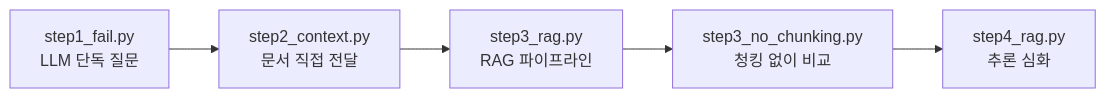
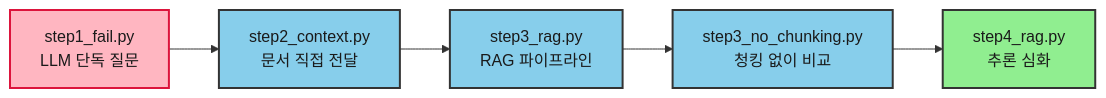
One commit to coderyu5523/book-workflow changed the second of 2 diagrams in projects/사내AI비서_v2/chapters/01-환각과-RAG의-첫-만남.md. Above: the diagram before and after it, drawn with Mermaid. The commit also changed other lines of this file and 85 other files, not shown here.

````diff
--- a/projects/사내AI비서_v2/chapters/01-환각과-RAG의-첫-만남.md
+++ b/projects/사내AI비서_v2/chapters/01-환각과-RAG의-첫-만남.md
@@ -280,7 +287,14 @@
 ```mermaid
 flowchart LR
     A["step1_fail.py<br>LLM 단독 질문"] --> B["step2_context.py<br>문서 직접 전달"]
     B --> C["step3_rag.py<br>RAG 파이프라인"]
     C --> D["step3_no_chunking.py<br>청킹 없이 비교"]
     D --> E["step4_rag.py<br>추론 심화"]
+
+    classDef default fill:#87CEEB,stroke:#333,stroke-width:2px,color:#1a1a1a
+    classDef danger fill:#FFB6C1,stroke:#DC143C,stroke-width:2px,color:#1a1a1a
+    classDef success fill:#90EE90,stroke:#333,stroke-width:2px,color:#1a1a1a
+
+    class A danger
+    class E success
 ```
````
